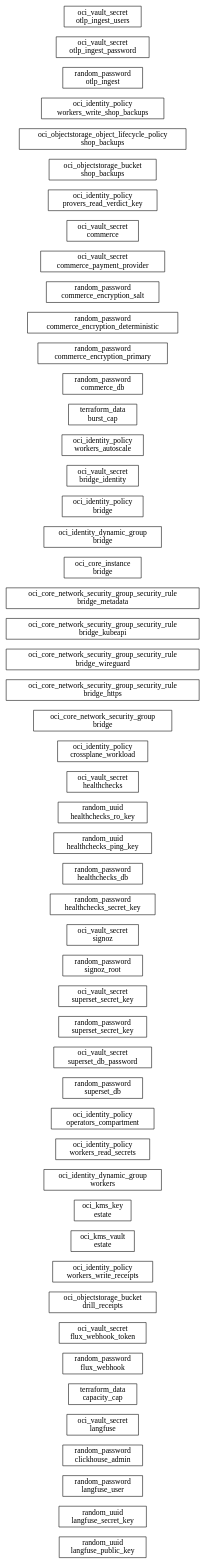
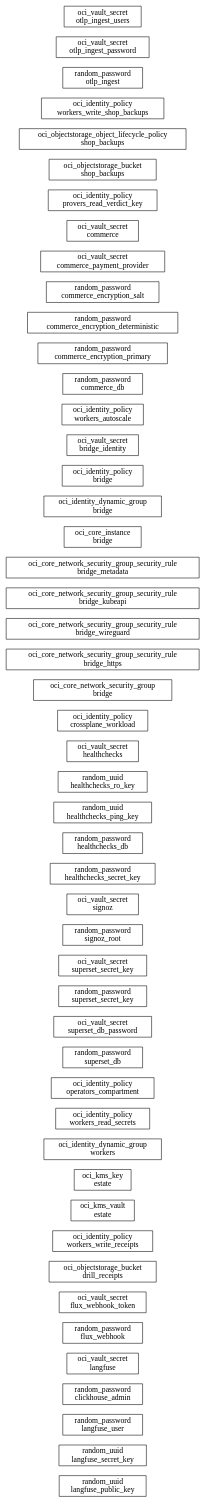
The diagram in docs/diagrams/estate-dag.dot (chidionyema/idp), drawn with Graphviz before and after one commit. The commit also changed 44 other files, not shown here.

```diff
--- a/docs/diagrams/estate-dag.dot
+++ b/docs/diagrams/estate-dag.dot
@@ -1,55 +1,53 @@
 digraph {
   rankdir=LR;
   node [shape=box];
   "random_uuid.langfuse_public_key" [label="random_uuid\nlangfuse_public_key"];
   "random_uuid.langfuse_secret_key" [label="random_uuid\nlangfuse_secret_key"];
   "random_password.langfuse_user" [label="random_password\nlangfuse_user"];
   "random_password.clickhouse_admin" [label="random_password\nclickhouse_admin"];
   "oci_vault_secret.langfuse" [label="oci_vault_secret\nlangfuse"];
-  "terraform_data.capacity_cap" [label="terraform_data\ncapacity_cap"];
   "random_password.flux_webhook" [label="random_password\nflux_webhook"];
   "oci_vault_secret.flux_webhook_token" [label="oci_vault_secret\nflux_webhook_token"];
   "oci_objectstorage_bucket.drill_receipts" [label="oci_objectstorage_bucket\ndrill_receipts"];
   "oci_identity_policy.workers_write_receipts" [label="oci_identity_policy\nworkers_write_receipts"];
   "oci_kms_vault.estate" [label="oci_kms_vault\nestate"];
   "oci_kms_key.estate" [label="oci_kms_key\nestate"];
   "oci_identity_dynamic_group.workers" [label="oci_identity_dynamic_group\nworkers"];
   "oci_identity_policy.workers_read_secrets" [label="oci_identity_policy\nworkers_read_secrets"];
   "oci_identity_policy.operators_compartment" [label="oci_identity_policy\noperators_compartment"];
   "random_password.superset_db" [label="random_password\nsuperset_db"];
   "oci_vault_secret.superset_db_password" [label="oci_vault_secret\nsuperset_db_password"];
   "random_password.superset_secret_key" [label="random_password\nsuperset_secret_key"];
   "oci_vault_secret.superset_secret_key" [label="oci_vault_secret\nsuperset_secret_key"];
   "random_password.signoz_root" [label="random_password\nsignoz_root"];
   "oci_vault_secret.signoz" [label="oci_vault_secret\nsignoz"];
   "random_password.healthchecks_secret_key" [label="random_password\nhealthchecks_secret_key"];
   "random_password.healthchecks_db" [label="random_password\nhealthchecks_db"];
   "random_uuid.healthchecks_ping_key" [label="random_uuid\nhealthchecks_ping_key"];
   "random_uuid.healthchecks_ro_key" [label="random_uuid\nhealthchecks_ro_key"];
   "oci_vault_secret.healthchecks" [label="oci_vault_secret\nhealthchecks"];
   "oci_identity_policy.crossplane_workload" [label="oci_identity_policy\ncrossplane_workload"];
   "oci_core_network_security_group.bridge" [label="oci_core_network_security_group\nbridge"];
   "oci_core_network_security_group_security_rule.bridge_https" [label="oci_core_network_security_group_security_rule\nbridge_https"];
   "oci_core_network_security_group_security_rule.bridge_wireguard" [label="oci_core_network_security_group_security_rule\nbridge_wireguard"];
   "oci_core_network_security_group_security_rule.bridge_kubeapi" [label="oci_core_network_security_group_security_rule\nbridge_kubeapi"];
   "oci_core_network_security_group_security_rule.bridge_metadata" [label="oci_core_network_security_group_security_rule\nbridge_metadata"];
   "oci_core_instance.bridge" [label="oci_core_instance\nbridge"];
   "oci_identity_dynamic_group.bridge" [label="oci_identity_dynamic_group\nbridge"];
   "oci_identity_policy.bridge" [label="oci_identity_policy\nbridge"];
   "oci_vault_secret.bridge_identity" [label="oci_vault_secret\nbridge_identity"];
   "oci_identity_policy.workers_autoscale" [label="oci_identity_policy\nworkers_autoscale"];
-  "terraform_data.burst_cap" [label="terraform_data\nburst_cap"];
   "random_password.commerce_db" [label="random_password\ncommerce_db"];
   "random_password.commerce_encryption_primary" [label="random_password\ncommerce_encryption_primary"];
   "random_password.commerce_encryption_deterministic" [label="random_password\ncommerce_encryption_deterministic"];
   "random_password.commerce_encryption_salt" [label="random_password\ncommerce_encryption_salt"];
   "oci_vault_secret.commerce_payment_provider" [label="oci_vault_secret\ncommerce_payment_provider"];
   "oci_vault_secret.commerce" [label="oci_vault_secret\ncommerce"];
   "oci_identity_policy.provers_read_verdict_key" [label="oci_identity_policy\nprovers_read_verdict_key"];
   "oci_objectstorage_bucket.shop_backups" [label="oci_objectstorage_bucket\nshop_backups"];
   "oci_objectstorage_object_lifecycle_policy.shop_backups" [label="oci_objectstorage_object_lifecycle_policy\nshop_backups"];
   "oci_identity_policy.workers_write_shop_backups" [label="oci_identity_policy\nworkers_write_shop_backups"];
   "random_password.otlp_ingest" [label="random_password\notlp_ingest"];
   "oci_vault_secret.otlp_ingest_password" [label="oci_vault_secret\notlp_ingest_password"];
   "oci_vault_secret.otlp_ingest_users" [label="oci_vault_secret\notlp_ingest_users"];
 }
```
